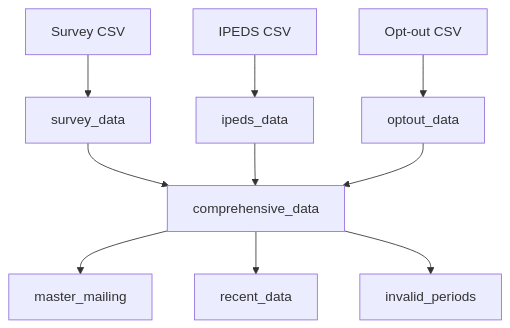
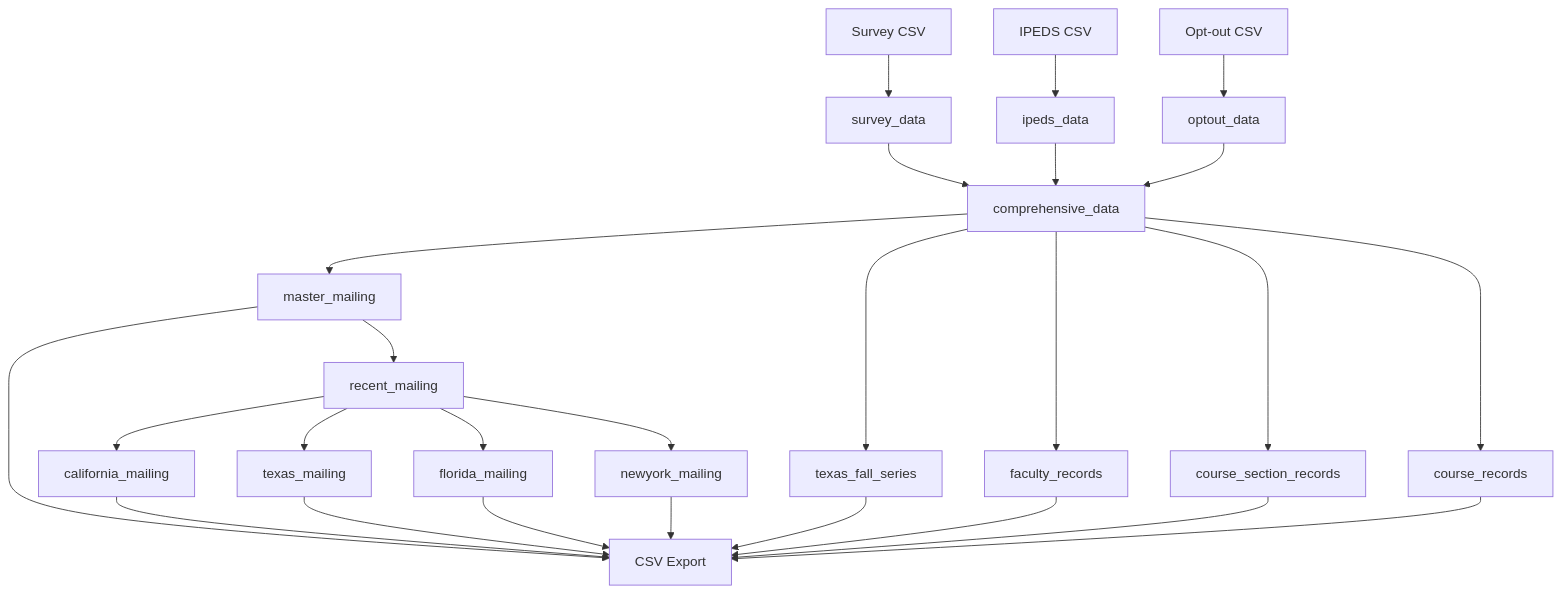
One commit to christopherseaman/commodoreSQL changed the second of 2 diagrams in docs/data_dictionary.md. Above: the diagram before and after it, drawn with Mermaid. The commit also changed other lines of this file and 8 other files, not shown here.

````diff
--- a/docs/data_dictionary.md
+++ b/docs/data_dictionary.md
@@ -99,12 +155,34 @@
 ```mermaid
 graph TD
     A[Survey CSV] --> B[survey_data]
     C[IPEDS CSV] --> D[ipeds_data]
     E[Opt-out CSV] --> F[optout_data]
+    
     B --> G[comprehensive_data]
     D --> G
     F --> G
+    
     G --> H[master_mailing]
-    G --> I[recent_data]
-    G --> J[invalid_periods]
+    H --> I[recent_mailing]
+    
+    I --> CA[california_mailing]
+    I --> TX[texas_mailing]
+    I --> FL[florida_mailing]
+    I --> NY[newyork_mailing]
+    
+    G --> TXF[texas_fall_series]
+    
+    G --> FR[faculty_records]
+    G --> CSR[course_section_records]
+    G --> CR[course_records]
+    
+    H --> EXP1[CSV Export]
+    CA --> EXP1
+    TX --> EXP1
+    FL --> EXP1
+    NY --> EXP1
+    TXF --> EXP1
+    FR --> EXP1
+    CSR --> EXP1
+    CR --> EXP1
 ```
````
